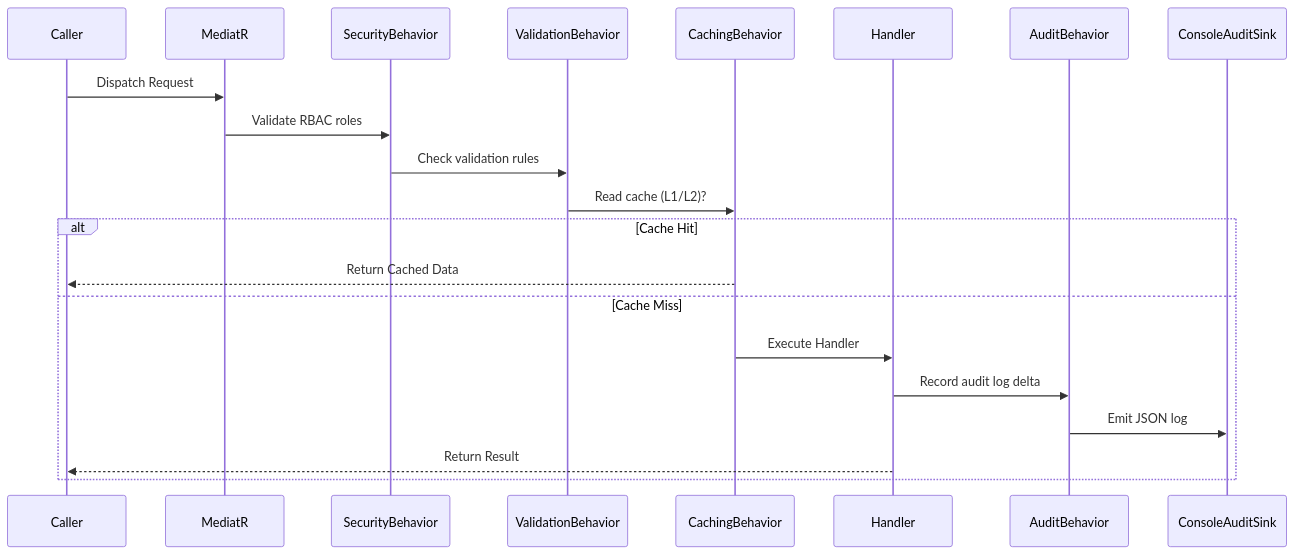
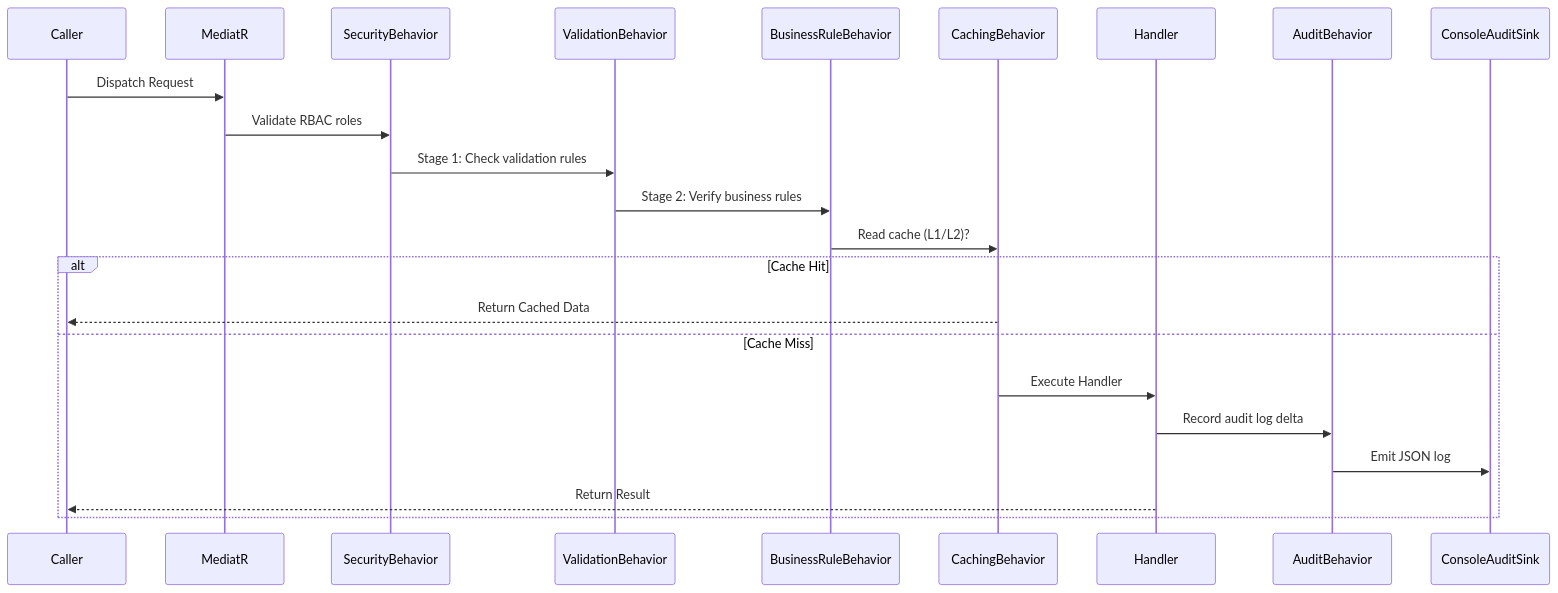
The second of 2 diagrams in docs/developer_reference.md (prajuaba/foundry-api), drawn with Mermaid before and after one commit. The commit also changed other lines of this file and 20 other files, not shown here.

Commit message:
feat(api): integrate business rules verification pipeline behavior and dynamic endpoints

````diff
--- a/docs/developer_reference.md
+++ b/docs/developer_reference.md
@@ -37,15 +37,16 @@
 ```mermaid
 sequenceDiagram
     Caller->>MediatR: Dispatch Request
     MediatR->>SecurityBehavior: Validate RBAC roles
-    SecurityBehavior->>ValidationBehavior: Check validation rules
-    ValidationBehavior->>CachingBehavior: Read cache (L1/L2)?
+    SecurityBehavior->>ValidationBehavior: Stage 1: Check validation rules
+    ValidationBehavior->>BusinessRuleBehavior: Stage 2: Verify business rules
+    BusinessRuleBehavior->>CachingBehavior: Read cache (L1/L2)?
     alt Cache Hit
         CachingBehavior-->>Caller: Return Cached Data
     else Cache Miss
         CachingBehavior->>Handler: Execute Handler
         Handler->>AuditBehavior: Record audit log delta
         AuditBehavior->>ConsoleAuditSink: Emit JSON log
         Handler-->>Caller: Return Result
     end
 ```
````
